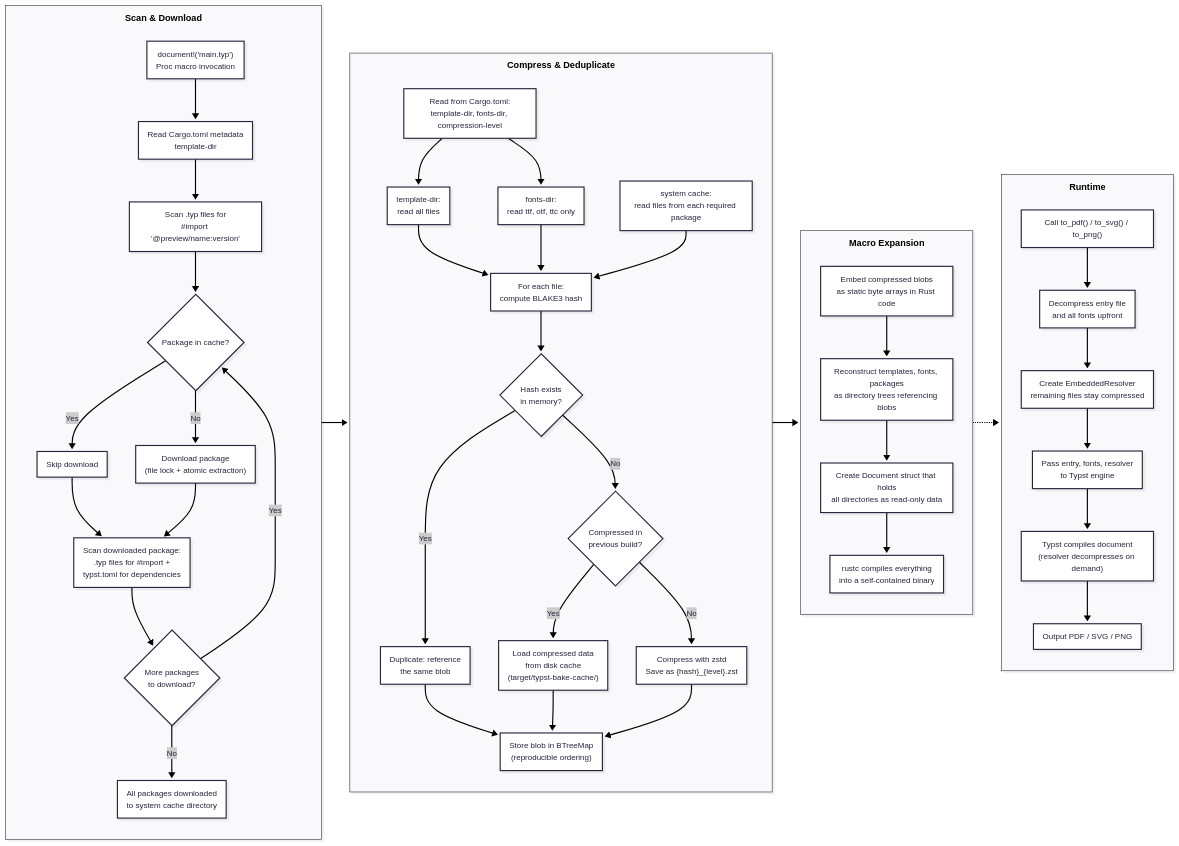
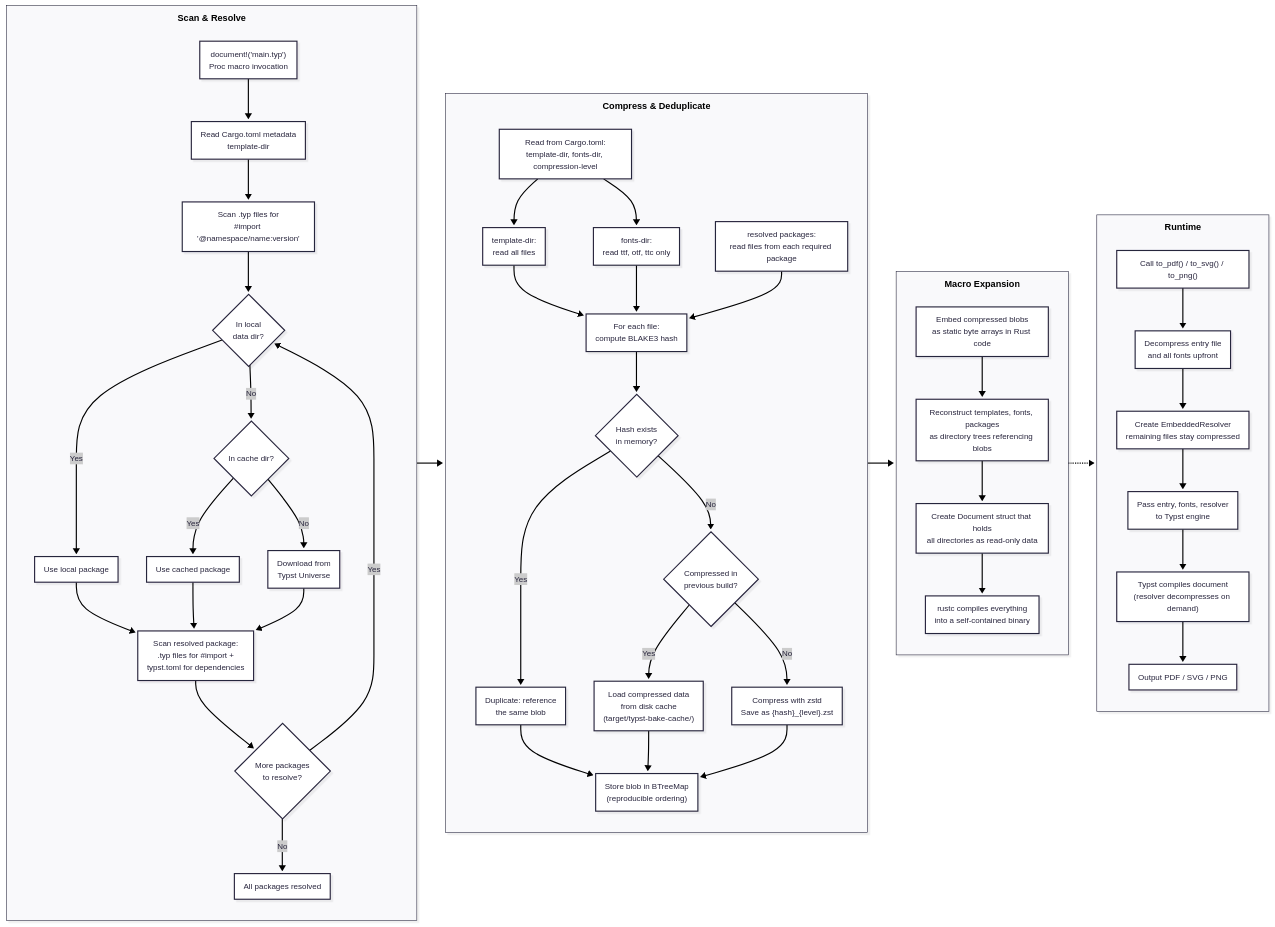
Before and after one commit to elgar328/typst-bake: the diagram in docs/architecture.mmd, drawn with Mermaid.

Commit message:
update architecture diagram for typst-aligned package resolution

```diff
--- a/docs/architecture.mmd
+++ b/docs/architecture.mmd
@@ -1,63 +1,64 @@
 ---
 config:
   layout: dagre
   theme: redux
   look: neo
   flowchart:
     subGraphTitleMargin:
       top: 10
       bottom: 15
 ---
 flowchart LR
-    subgraph scan_download["Scan & Download"]
+    subgraph scan_download["Scan & Resolve"]
         direction TB
         P1["document!('main.typ')<br/>Proc macro invocation"]
         P1 --> P2["Read Cargo.toml metadata<br/>template-dir"]
-        P2 --> P3["Scan .typ files for<br/>#import '@preview/name:version'"]
-        P3 --> P4{"Package in cache?"}
-        P4 -- Yes --> P5["Skip download"]
-        P4 -- No --> P6["Download package<br/>(file lock + atomic extraction)"]
-        P5 --> P7["Scan downloaded package:<br/>.typ files for #import +<br/>typst.toml for dependencies"]
-        P6 --> P7
-        P7 --> P8{"More packages<br/>to download?"}
+        P2 --> P3["Scan .typ files for<br/>#import '@namespace/name:version'"]
+        P3 --> P4{"In local<br/>data dir?"}
+        P4 -- Yes --> P5["Use local package"]
+        P4 -- No --> P4b{"In cache dir?"}
+        P4b -- Yes --> P5b["Use cached package"]
+        P4b -- No --> P6["Download from<br/>Typst Universe"]
+        P5 & P5b & P6 --> P7["Scan resolved package:<br/>.typ files for #import +<br/>typst.toml for dependencies"]
+        P7 --> P8{"More packages<br/>to resolve?"}
         P8 -- Yes --> P4
-        P8 -- No --> P9["All packages downloaded<br/>to system cache directory"]
+        P8 -- No --> P9["All packages resolved"]
     end
 
     subgraph compress_dedup["Compress & Deduplicate"]
         direction TB
         C1["Read from Cargo.toml:<br/>template-dir, fonts-dir, compression-level"]
         C1 --> C2T["template-dir:<br/>read all files"]
         C1 --> C2F["fonts-dir:<br/>read ttf, otf, ttc only"]
-        C2P["system cache:<br/>read files from each required package"]
+        C2P["resolved packages:<br/>read files from each required package"]
         C2T & C2F & C2P --> C3["For each file:<br/>compute BLAKE3 hash"]
         C3 --> C4{"Hash exists<br/>in memory?"}
         C4 -- Yes --> C5["Duplicate: reference<br/>the same blob"]
         C4 -- No --> C6{"Compressed in<br/>previous build?"}
         C6 -- Yes --> C7["Load compressed data<br/>from disk cache<br/>(target/typst-bake-cache/)"]
         C6 -- No --> C8["Compress with zstd<br/>Save as {hash}_{level}.zst"]
         C5 & C7 & C8 --> C9["Store blob in BTreeMap<br/>(reproducible ordering)"]
     end
 
     subgraph macro_expansion["Macro Expansion"]
         direction TB
         M1["Embed compressed blobs<br/>as static byte arrays in Rust code"]
         M1 --> M2["Reconstruct templates, fonts, packages<br/>as directory trees referencing blobs"]
         M2 --> M3["Create Document struct that holds<br/>all directories as read-only data"]
         M3 --> M4["rustc compiles everything<br/>into a self-contained binary"]
     end
 
     subgraph runtime["Runtime"]
         direction TB
         R1["Call to_pdf() / to_svg() / to_png()"]
         R1 --> R2["Decompress entry file<br/>and all fonts upfront"]
         R2 --> R3["Create EmbeddedResolver<br/>remaining files stay compressed"]
         R3 --> R4["Pass entry, fonts, resolver<br/>to Typst engine"]
         R4 --> R5["Typst compiles document<br/>(resolver decompresses on demand)"]
         R5 --> R6["Output PDF / SVG / PNG"]
     end
 
     scan_download --> compress_dedup --> macro_expansion -.-> runtime
 
     classDef subgraphTitle font-size:16px,font-weight:bold;
     class scan_download,compress_dedup,macro_expansion,runtime subgraphTitle
```
